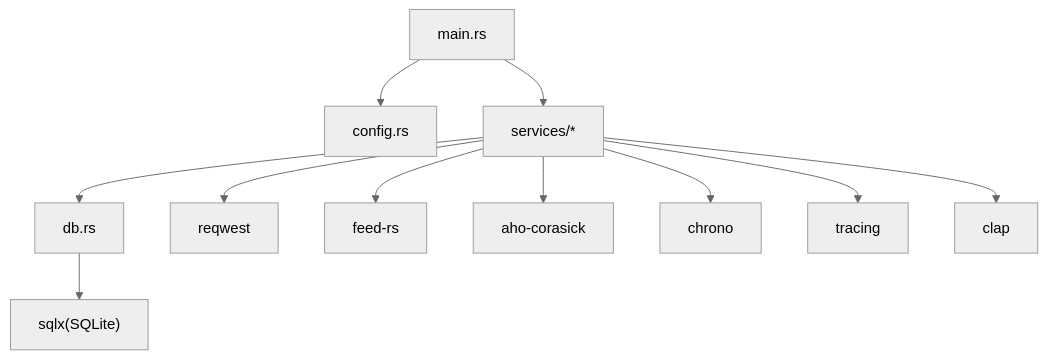
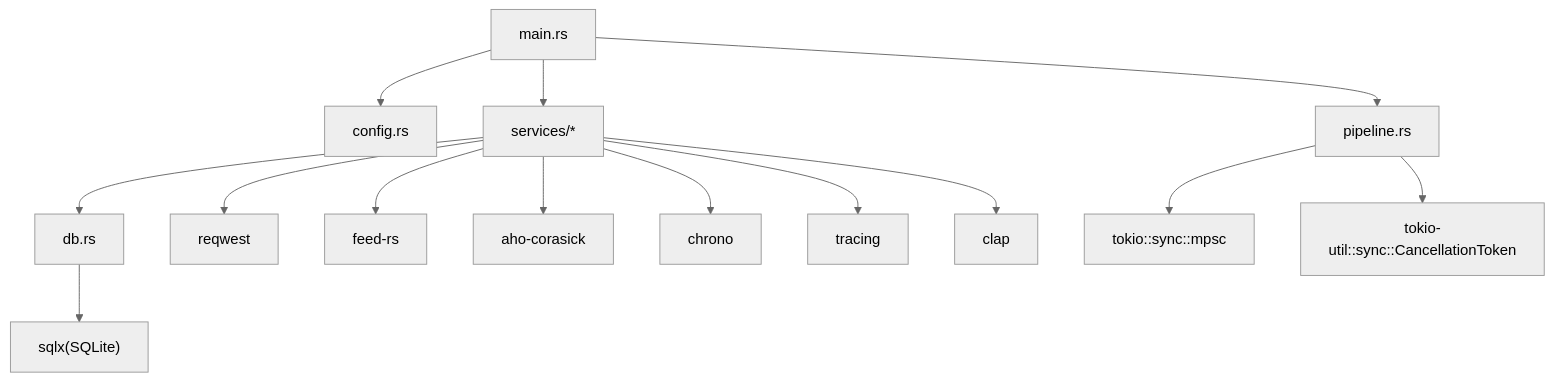
The eighth of 8 diagrams in .qoder/repowiki/zh/content/项目概述.md (leimu-hue/AI-Trend-Tool), drawn with Mermaid (neutral theme) before and after one commit. The commit also changed other lines of this file and 74 other files, not shown here.

````diff
--- a/.qoder/repowiki/zh/content/项目概述.md
+++ b/.qoder/repowiki/zh/content/项目概述.md
@@ -333,13 +408,16 @@
 ```mermaid
 graph TB
 M["main.rs"] --> Cfg["config.rs"]
+M --> P["pipeline.rs"]
 M --> Svc["services/*"]
 Svc --> DB["db.rs"]
 DB --> SQL["sqlx(SQLite)"]
 Svc --> HTTP["reqwest"]
 Svc --> RSS["feed-rs"]
 Svc --> AC["aho-corasick"]
 Svc --> Time["chrono"]
 Svc --> Log["tracing"]
 Svc --> CLI["clap"]
+P --> Tokio["tokio::sync::mpsc"]
+P --> Util["tokio-util::sync::CancellationToken"]
 ```
````
